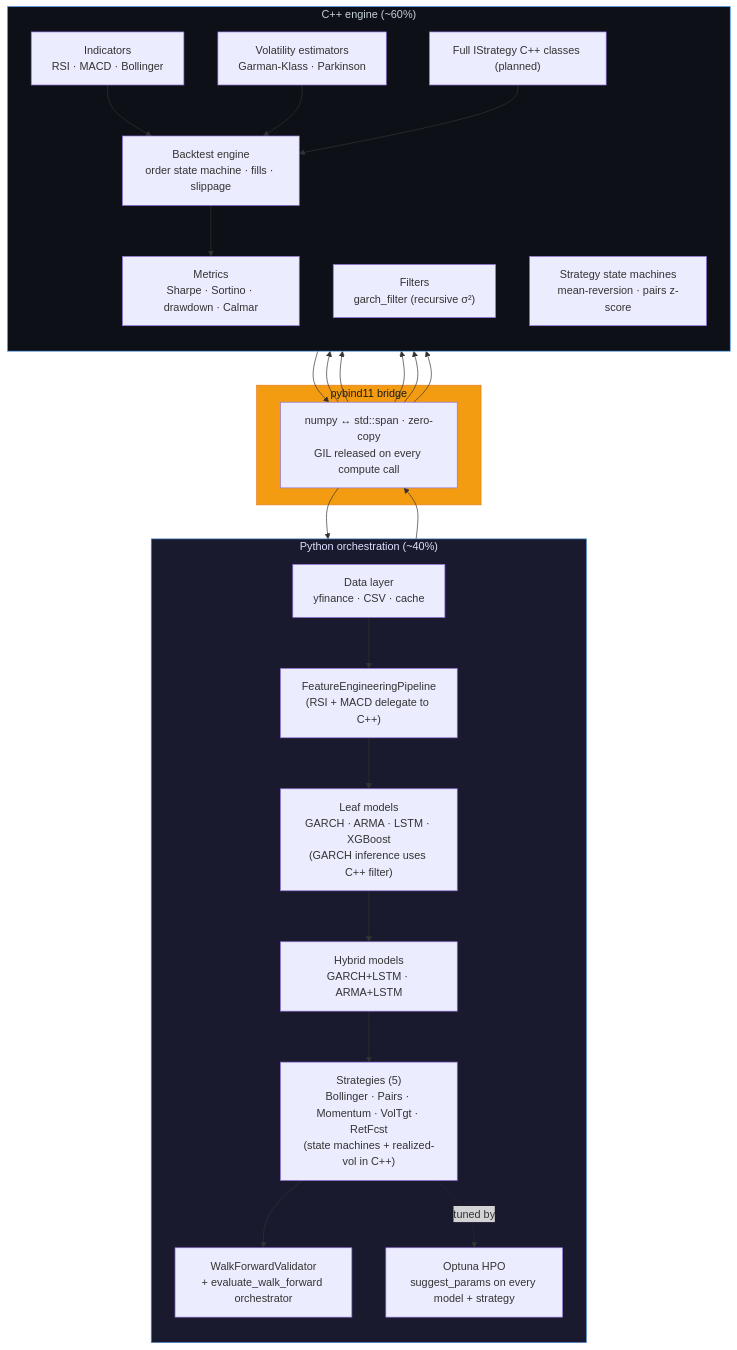
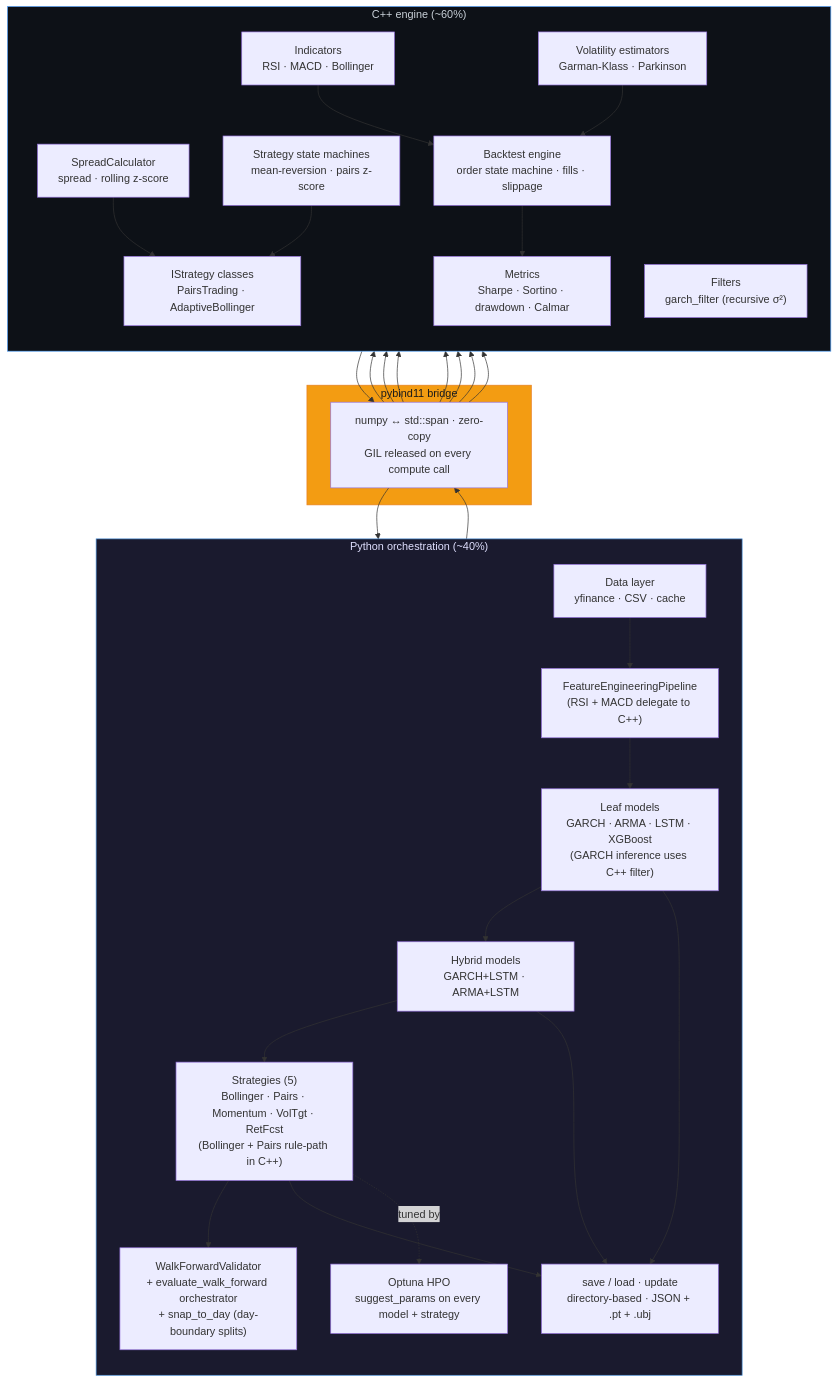
One commit to Alextz307/quantforge changed the first of 3 diagrams in README.md. Above: the diagram before and after it, drawn with Mermaid. The commit also changed other lines of this file and 2 other files, not shown here.

Commit message:
Add snap_to_day walk-forward splits with day-boundary embargo

````diff
--- a/README.md
+++ b/README.md
@@ -9,48 +9,56 @@
 ```mermaid
 graph TB
     subgraph py["Python orchestration (~40%)"]
         direction TB
         data["Data layer<br/>yfinance · CSV · cache"]
         feat["FeatureEngineeringPipeline<br/>(RSI + MACD delegate to C++)"]
         leaf["Leaf models<br/>GARCH · ARMA · LSTM · XGBoost<br/>(GARCH inference uses C++ filter)"]
         hyb["Hybrid models<br/>GARCH+LSTM · ARMA+LSTM"]
-        strat["Strategies (5)<br/>Bollinger · Pairs · Momentum · VolTgt · RetFcst<br/>(state machines + realized-vol in C++)"]
-        wforch["WalkForwardValidator<br/>+ evaluate_walk_forward orchestrator"]
+        strat["Strategies (5)<br/>Bollinger · Pairs · Momentum · VolTgt · RetFcst<br/>(Bollinger + Pairs rule-path in C++)"]
+        persist["save / load · update<br/>directory-based · JSON + .pt + .ubj"]
+        wforch["WalkForwardValidator<br/>+ evaluate_walk_forward orchestrator<br/>+ snap_to_day (day-boundary splits)"]
         hpo["Optuna HPO<br/>suggest_params on every model + strategy"]
         data --> feat --> leaf --> hyb --> strat
         strat --> wforch
+        strat --> persist
+        leaf --> persist
+        hyb --> persist
         strat -. tuned by .-> hpo
     end
 
     subgraph bridge["pybind11 bridge"]
         numpy["numpy ↔ std::span · zero-copy<br/>GIL released on every compute call"]
     end
 
     subgraph cpp["C++ engine (~60%)"]
         direction TB
         indicators["Indicators<br/>RSI · MACD · Bollinger"]
         voles["Volatility estimators<br/>Garman-Klass · Parkinson"]
         filters["Filters<br/>garch_filter (recursive σ²)"]
         smach["Strategy state machines<br/>mean-reversion · pairs z-score"]
+        spreadc["SpreadCalculator<br/>spread · rolling z-score"]
+        cppstrat["IStrategy classes<br/>PairsTrading · AdaptiveBollinger"]
         backtest["Backtest engine<br/>order state machine · fills · slippage"]
         metrics["Metrics<br/>Sharpe · Sortino · drawdown · Calmar"]
-        cppstrat["Full IStrategy C++ classes (planned)"]
         indicators --> backtest
         voles --> backtest
+        spreadc --> cppstrat
+        smach --> cppstrat
         backtest --> metrics
-        cppstrat --> backtest
     end
 
     wforch --> numpy
     numpy --> backtest
     numpy --> indicators
     numpy --> voles
     numpy --> filters
     numpy --> smach
+    numpy --> spreadc
+    numpy --> cppstrat
     metrics --> numpy
     numpy --> hpo
 
     style py fill:#1a1a2e,color:#e0e0ff,stroke:#4a90d9
     style bridge fill:#f39c12,color:#1a1a1a,stroke:#e67e22
     style cpp fill:#0d1117,color:#c9d1d9,stroke:#58a6ff
 ```
````
